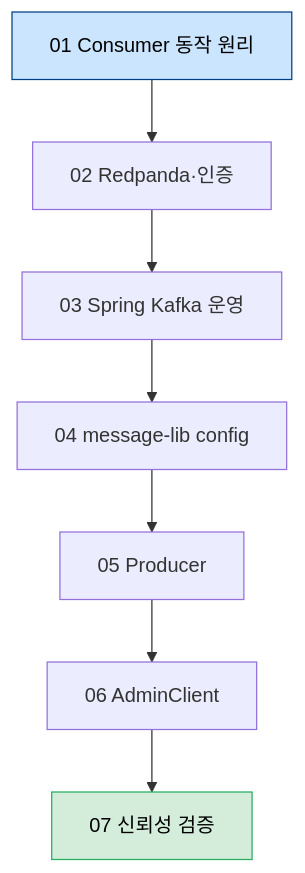
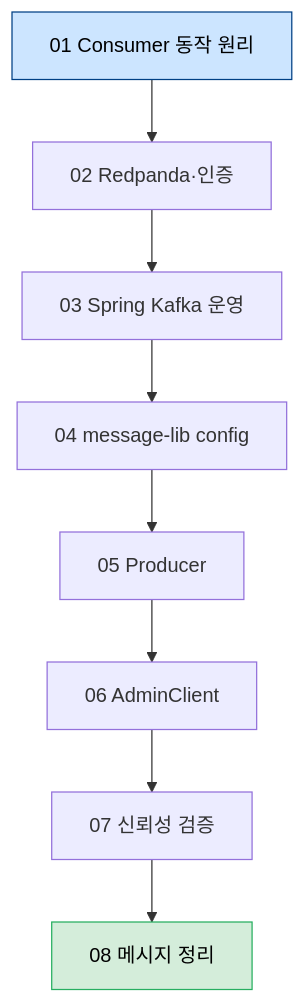
One commit to scofe97/StduyWrite changed the diagram in write/04_messaging/04_BrokerArchitecture/README.md. Above: the diagram before and after it, drawn with Mermaid. The commit also changed other lines of this file and 4 other files, not shown here.

````diff
--- a/write/04_messaging/04_BrokerArchitecture/README.md
+++ b/write/04_messaging/04_BrokerArchitecture/README.md
@@ -21,12 +21,13 @@
 ```mermaid
 graph TD
     G1["01 Consumer 동작 원리"] --> G2["02 Redpanda·인증"]
     G2 --> G3["03 Spring Kafka 운영"]
     G3 --> G4["04 message-lib config"]
     G4 --> G5["05 Producer"]
     G5 --> G6["06 AdminClient"]
     G6 --> G7["07 신뢰성 검증"]
+    G7 --> G8["08 메시지 정리"]
 
     style G1 fill:#cce5ff,stroke:#004085,color:#000
-    style G7 fill:#d4edda,stroke:#27ae60,color:#000
+    style G8 fill:#d4edda,stroke:#27ae60,color:#000
 ```
````
